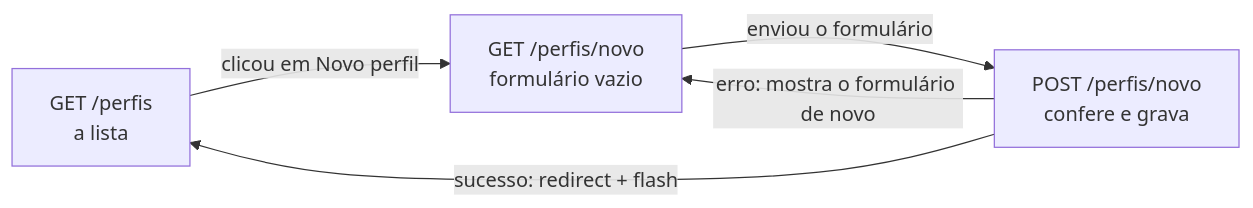
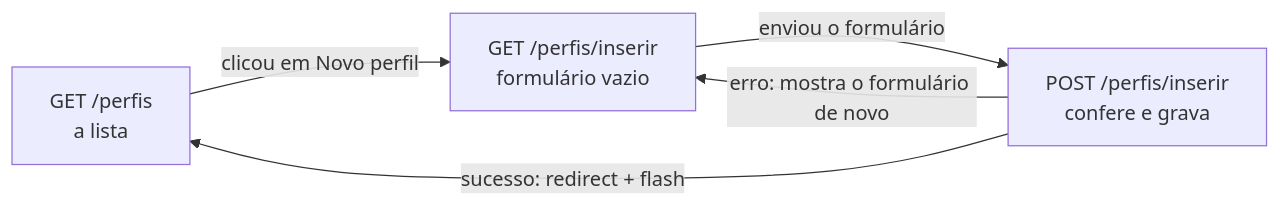
The diagram in docs/capitulos/Capitulo_12_INSERT_e_SELECT_de_Perfis.md (GTI-Fatec-Jahu/PI-GTI-2026-2), drawn with Mermaid before and after one commit. The commit also changed other lines of this file and 11 other files, not shown here.

````diff
--- a/docs/capitulos/Capitulo_12_INSERT_e_SELECT_de_Perfis.md
+++ b/docs/capitulos/Capitulo_12_INSERT_e_SELECT_de_Perfis.md
@@ -64,11 +63,11 @@
 ```mermaid
 flowchart LR
     L["GET /perfis<br/>a lista"]
-    N["GET /perfis/novo<br/>formulário vazio"]
-    P["POST /perfis/novo<br/>confere e grava"]
+    N["GET /perfis/inserir<br/>formulário vazio"]
+    P["POST /perfis/inserir<br/>confere e grava"]
 
     L -->|"clicou em Novo perfil"| N
     N -->|"enviou o formulário"| P
     P -->|"erro: mostra o formulário de novo"| N
     P -->|"sucesso: redirect + flash"| L
 ```
````
